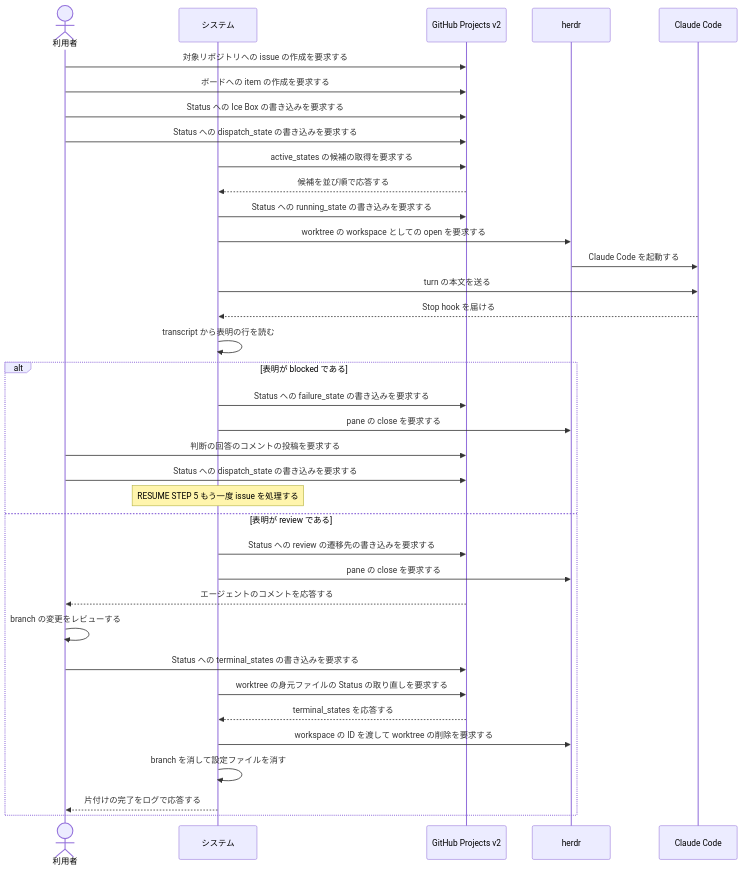
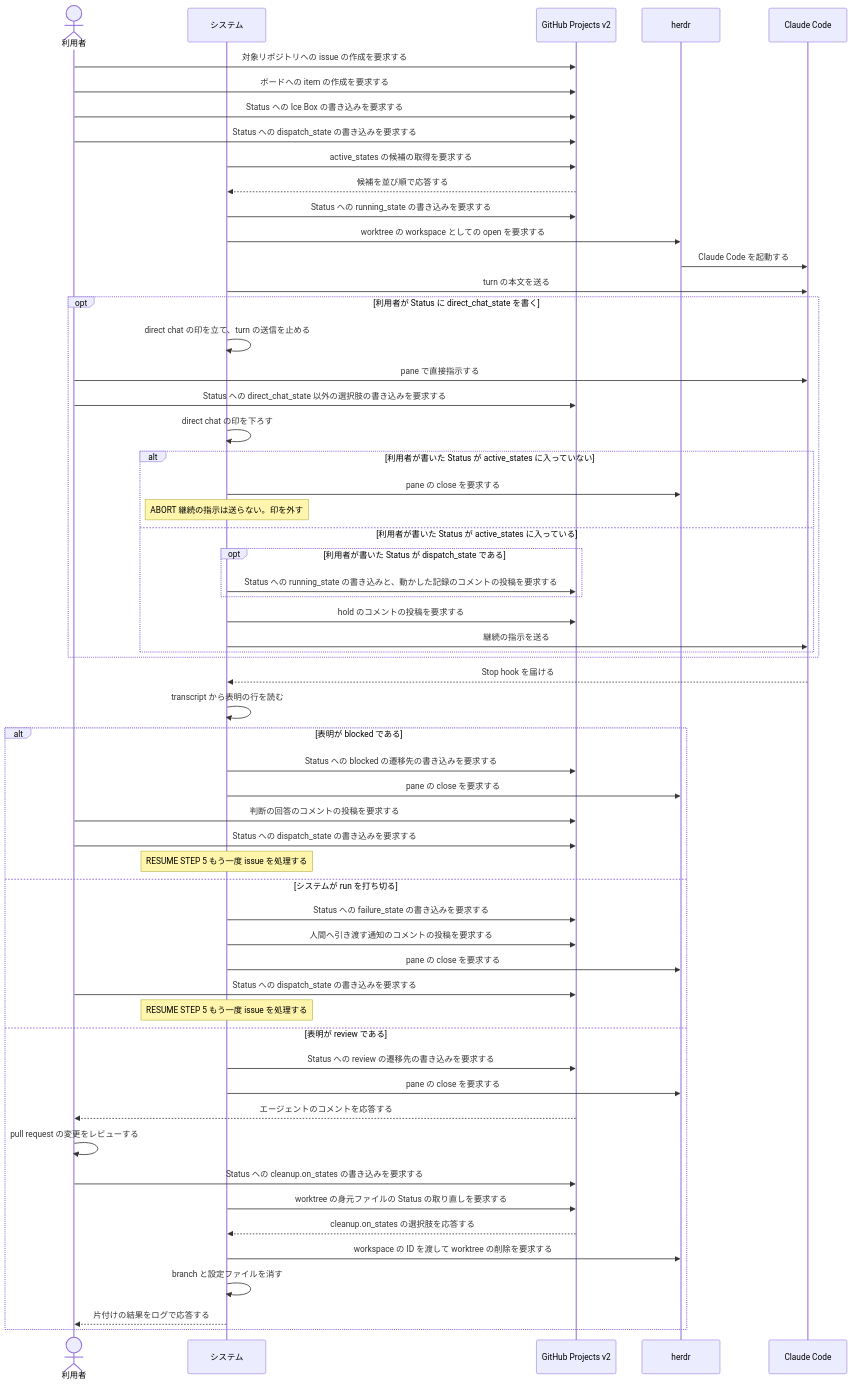
Before and after one commit to maimuzo/continuo: the second of 2 diagrams in docs/spec/usecases/scenario/issue を着手から片付けまで見届ける.rucm.md, drawn with Mermaid. The commit also changed other lines of this file and 122 other files, not shown here.

````diff
--- a/docs/spec/usecases/scenario/issue を着手から片付けまで見届ける.rucm.md
+++ b/docs/spec/usecases/scenario/issue を着手から片付けまで見届ける.rucm.md
@@ -129,41 +244,65 @@
 ```mermaid
 sequenceDiagram
     actor U as 利用者
     participant S as システム
     participant GH as GitHub Projects v2
     participant H as herdr
     participant CC as Claude Code
 
     U->>GH: 対象リポジトリへの issue の作成を要求する
     U->>GH: ボードへの item の作成を要求する
     U->>GH: Status への Ice Box の書き込みを要求する
     U->>GH: Status への dispatch_state の書き込みを要求する
 
     S->>GH: active_states の候補の取得を要求する
     GH-->>S: 候補を並び順で応答する
     S->>GH: Status への running_state の書き込みを要求する
     S->>H: worktree の workspace としての open を要求する
     H->>CC: Claude Code を起動する
     S->>CC: turn の本文を送る
+
+    opt 利用者が Status に direct_chat_state を書く
+        S->>S: direct chat の印を立て、turn の送信を止める
+        U->>CC: pane で直接指示する
+        U->>GH: Status への direct_chat_state 以外の選択肢の書き込みを要求する
+        S->>S: direct chat の印を下ろす
+        alt 利用者が書いた Status が active_states に入っていない
+            S->>H: pane の close を要求する
+            Note over S: ABORT 継続の指示は送らない。印を外す
+        else 利用者が書いた Status が active_states に入っている
+            opt 利用者が書いた Status が dispatch_state である
+                S->>GH: Status への running_state の書き込みと、動かした記録のコメントの投稿を要求する
+            end
+            S->>GH: hold のコメントの投稿を要求する
+            S->>CC: 継続の指示を送る
+        end
+    end
+
     CC-->>S: Stop hook を届ける
     S->>S: transcript から表明の行を読む
 
     alt 表明が blocked である
-        S->>GH: Status への failure_state の書き込みを要求する
+        S->>GH: Status への blocked の遷移先の書き込みを要求する
         S->>H: pane の close を要求する
         U->>GH: 判断の回答のコメントの投稿を要求する
+        U->>GH: Status への dispatch_state の書き込みを要求する
+        Note over S: RESUME STEP 5 もう一度 issue を処理する
+    else システムが run を打ち切る
+        S->>GH: Status への failure_state の書き込みを要求する
+        S->>GH: 人間へ引き渡す通知のコメントの投稿を要求する
+        S->>H: pane の close を要求する
         U->>GH: Status への dispatch_state の書き込みを要求する
         Note over S: RESUME STEP 5 もう一度 issue を処理する
     else 表明が review である
         S->>GH: Status への review の遷移先の書き込みを要求する
         S->>H: pane の close を要求する
         GH-->>U: エージェントのコメントを応答する
-        U->>U: branch の変更をレビューする
-        U->>GH: Status への terminal_states の書き込みを要求する
+        U->>U: pull request の変更をレビューする
+        U->>GH: Status への cleanup.on_states の書き込みを要求する
         S->>GH: worktree の身元ファイルの Status の取り直しを要求する
-        GH-->>S: terminal_states を応答する
+        GH-->>S: cleanup.on_states の選択肢を応答する
         S->>H: workspace の ID を渡して worktree の削除を要求する
-        S->>S: branch を消して設定ファイルを消す
-        S-->>U: 片付けの完了をログで応答する
+        S->>S: branch と設定ファイルを消す
+        S-->>U: 片付けの結果をログで応答する
     end
 ```
````
